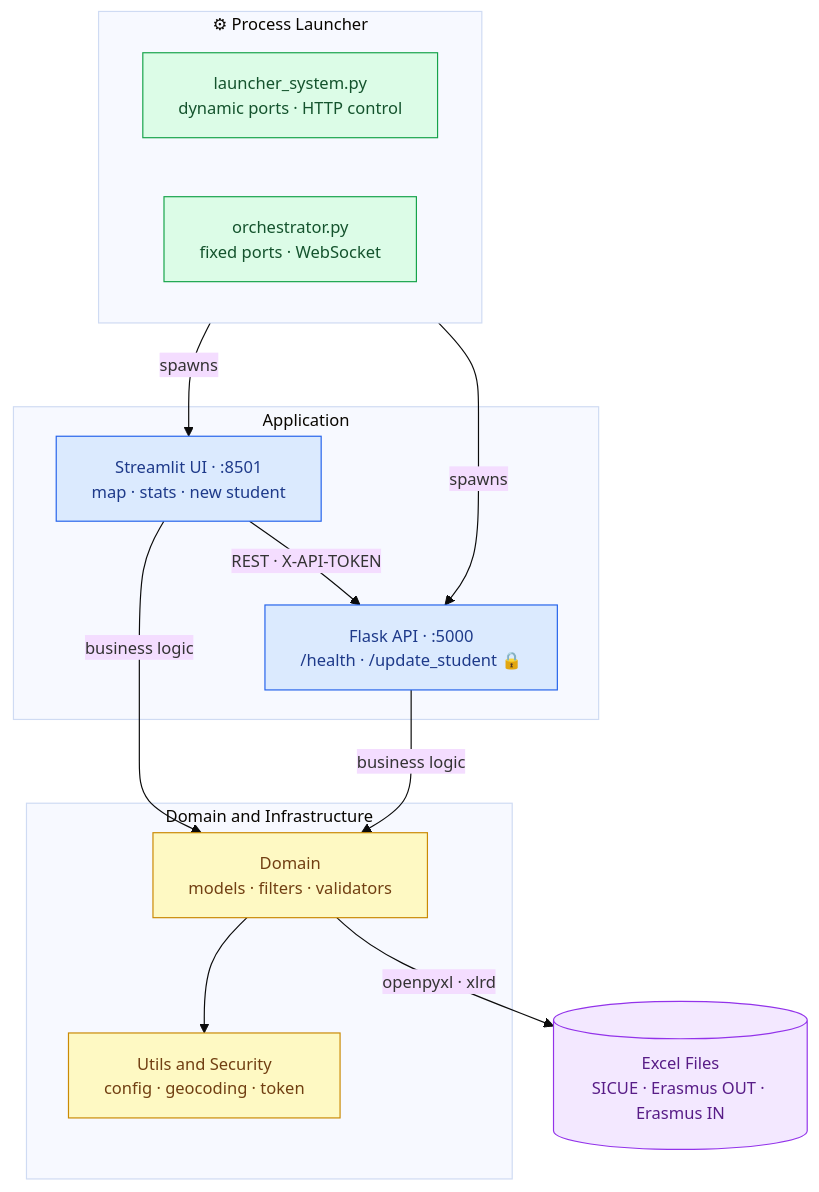
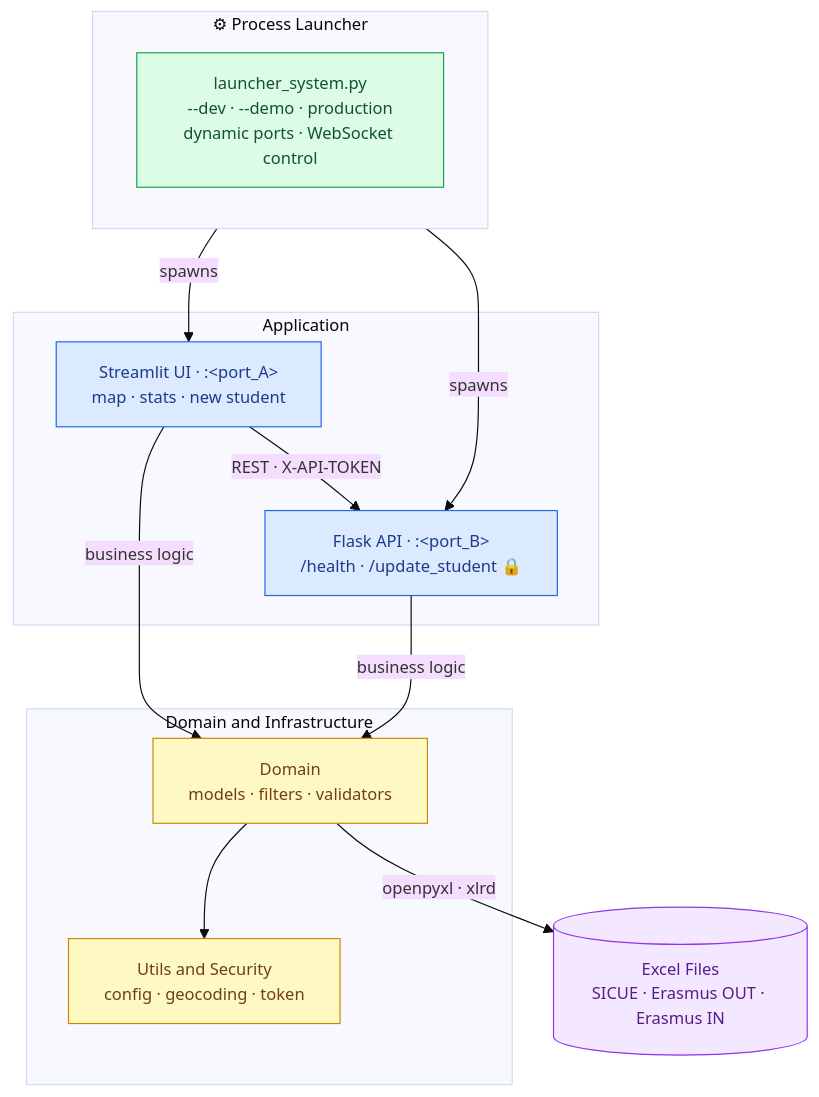
One commit to MariaPicazoSanchez/TFG-MariaPicazoSanchez changed the diagram in README.md. Above: the diagram before and after it, drawn with Mermaid. The commit also changed other lines of this file and 6 other files, not shown here.

````diff
--- a/README.md
+++ b/README.md
@@ -52,33 +52,32 @@
 ```mermaid
 %%{init: {"theme": "base", "themeVariables": {"fontSize": "14px"}}}%%
 flowchart TD
     classDef launcher fill:#dcfce7,stroke:#16a34a,color:#14532d
     classDef app      fill:#dbeafe,stroke:#2563eb,color:#1e3a8a
     classDef domain   fill:#fef9c3,stroke:#ca8a04,color:#713f12
     classDef store    fill:#f3e8ff,stroke:#9333ea,color:#581c87
 
     subgraph PROC ["⚙ Process Launcher"]
-        SYS["launcher_system.py<br/>dynamic ports · HTTP control"]:::launcher
-        ORC["orchestrator.py<br/>fixed ports · WebSocket"]:::launcher
+        SYS["launcher_system.py<br/>--dev · --demo · production<br/>dynamic ports · WebSocket control"]:::launcher
     end
 
     subgraph APP ["Application"]
-        UI["Streamlit UI · :8501<br/>map · stats · new student"]:::app
-        API["Flask API · :5000<br/>/health · /update_student 🔒"]:::app
+        UI["Streamlit UI · :&lt;port_A&gt;<br/>map · stats · new student"]:::app
+        API["Flask API · :&lt;port_B&gt;<br/>/health · /update_student 🔒"]:::app
     end
 
     subgraph CORE ["Domain and Infrastructure"]
         DOM["Domain<br/>models · filters · validators"]:::domain
         INF["Utils and Security<br/>config · geocoding · token"]:::domain
     end
 
     XL[("Excel Files<br/>SICUE · Erasmus OUT · Erasmus IN")]:::store
 
     PROC -->|spawns| UI
     PROC -->|spawns| API
     UI -->|"REST · X-API-TOKEN"| API
     UI -->|business logic| DOM
     API -->|business logic| DOM
     DOM --> INF
     DOM -->|"openpyxl · xlrd"| XL
 ```
````
